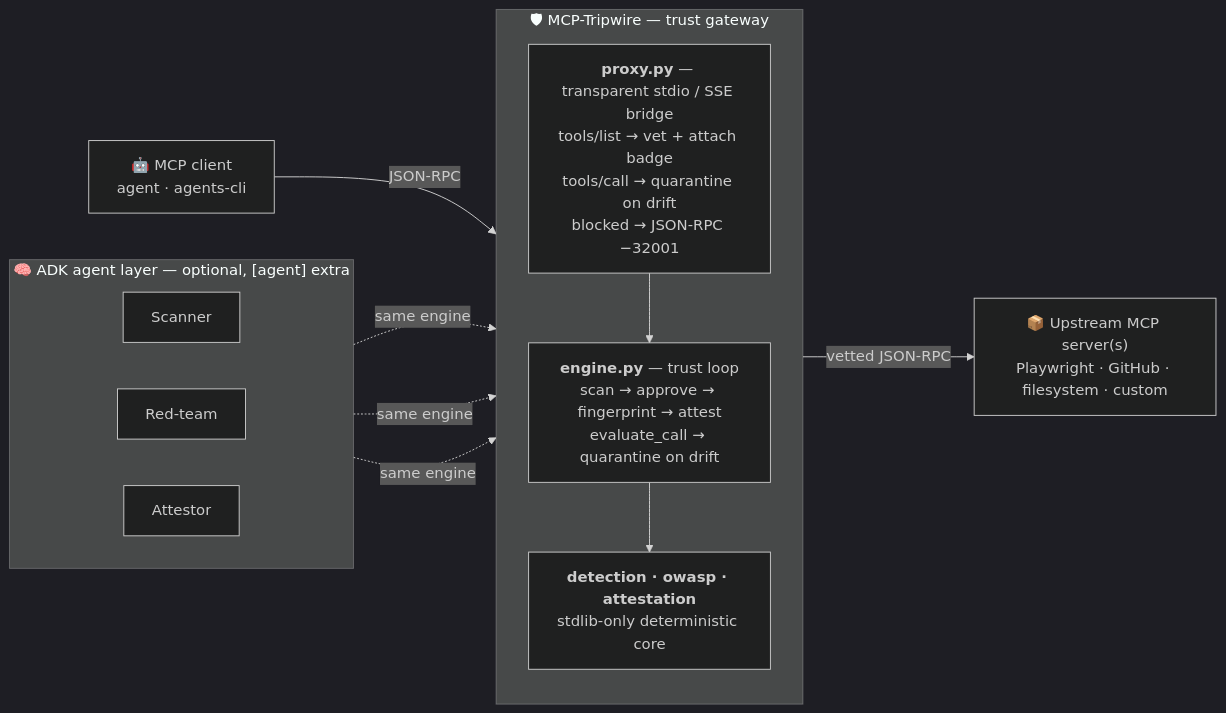
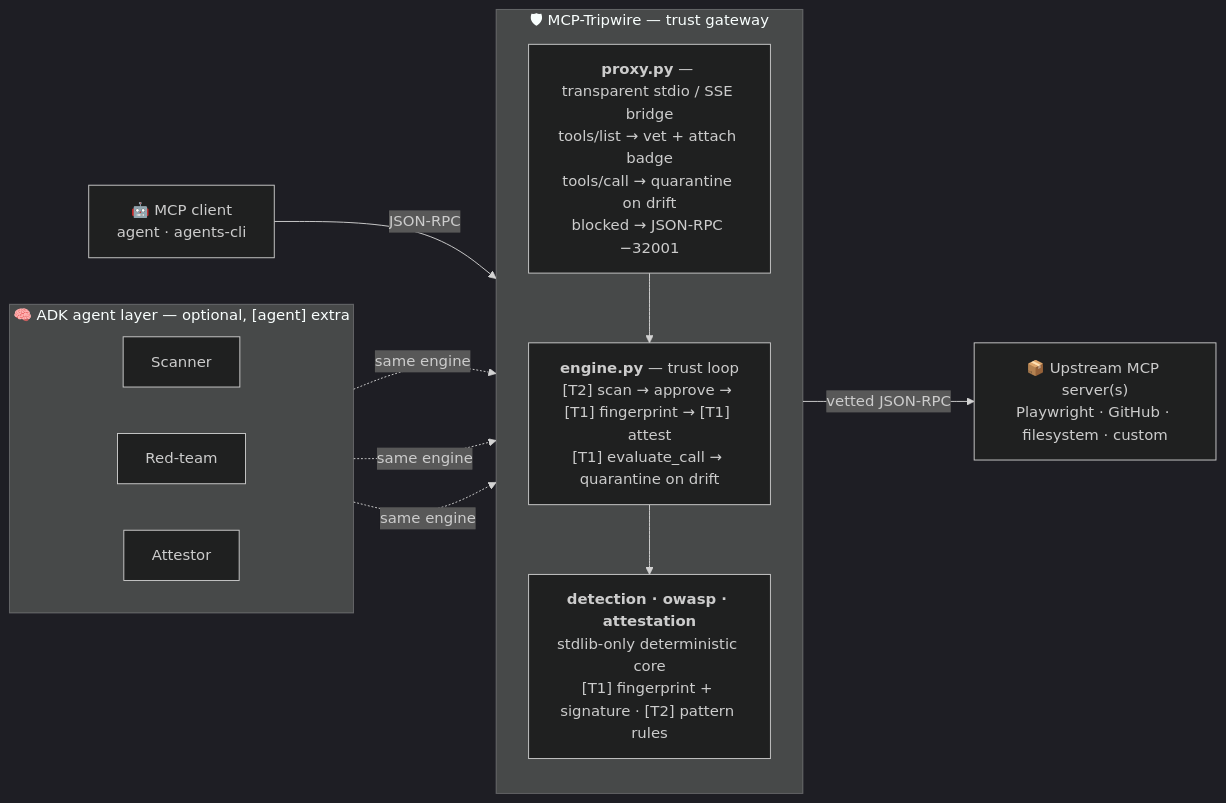
The diagram in docs/ARCHITECTURE.md (akoita/mcp-tripwire), drawn with Mermaid (dark theme) before and after one commit. The commit also changed other lines of this file and 12 other files, not shown here.

````diff
--- a/docs/ARCHITECTURE.md
+++ b/docs/ARCHITECTURE.md
@@ -5,27 +16,27 @@
 ```mermaid
 flowchart LR
     Client["🤖 MCP client<br/>agent · agents-cli"]
     Server["📦 Upstream MCP server(s)<br/>Playwright · GitHub · filesystem · custom"]
 
     subgraph Tripwire["🛡 MCP-Tripwire — trust gateway"]
         direction TB
         Proxy["<b>proxy.py</b> — transparent stdio / SSE bridge<br/>tools/list → vet + attach badge<br/>tools/call → quarantine on drift<br/>blocked → JSON-RPC −32001"]
-        Engine["<b>engine.py</b> — trust loop<br/>scan → approve → fingerprint → attest<br/>evaluate_call → quarantine on drift"]
-        Core["<b>detection · owasp · attestation</b><br/>stdlib-only deterministic core"]
+        Engine["<b>engine.py</b> — trust loop<br/>[T2] scan → approve → [T1] fingerprint → [T1] attest<br/>[T1] evaluate_call → quarantine on drift"]
+        Core["<b>detection · owasp · attestation</b><br/>stdlib-only deterministic core<br/>[T1] fingerprint + signature · [T2] pattern rules"]
         Proxy --> Engine --> Core
     end
 
     subgraph ADK["🧠 ADK agent layer — optional, [agent] extra"]
         direction LR
         Scanner["Scanner"]
         Redteam["Red-team"]
         Attestor["Attestor"]
     end
 
     Client -- "JSON-RPC" --> Proxy
     Proxy -- "vetted JSON-RPC" --> Server
 
     Scanner -.->|"same engine"| Engine
     Redteam -.->|"same engine"| Engine
     Attestor -.->|"same engine"| Engine
 ```
````
